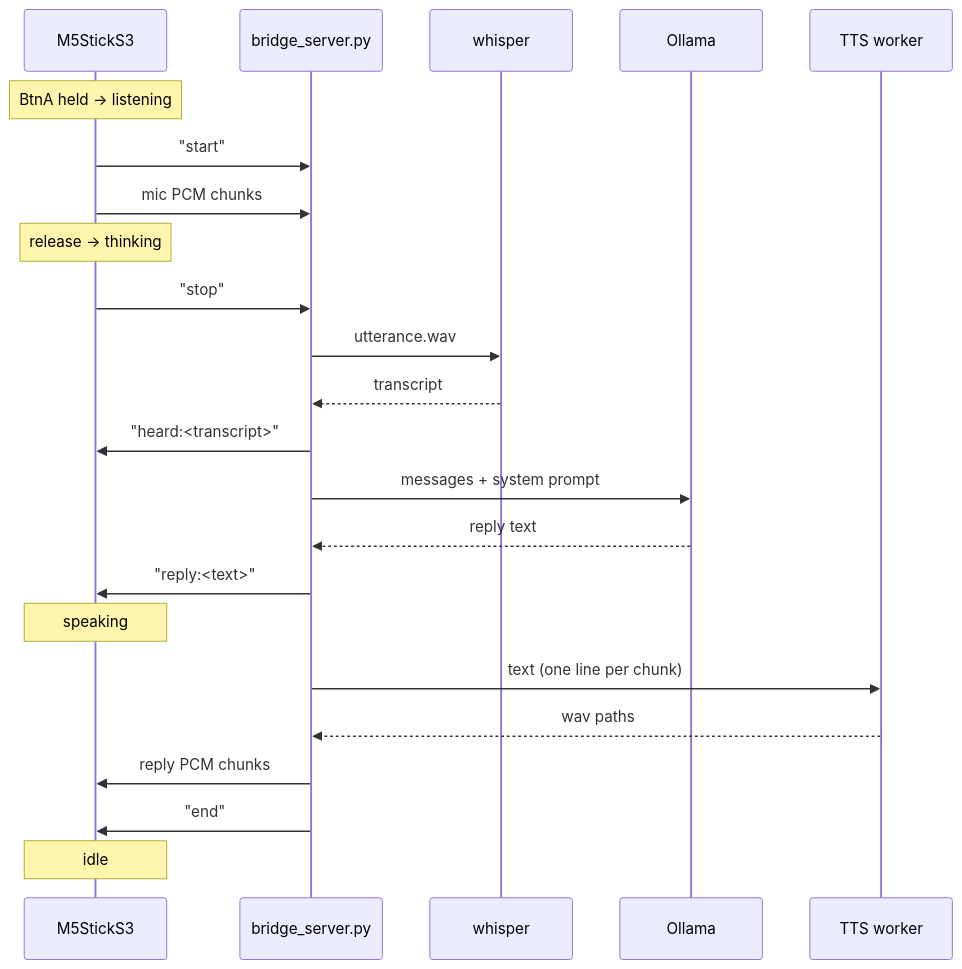
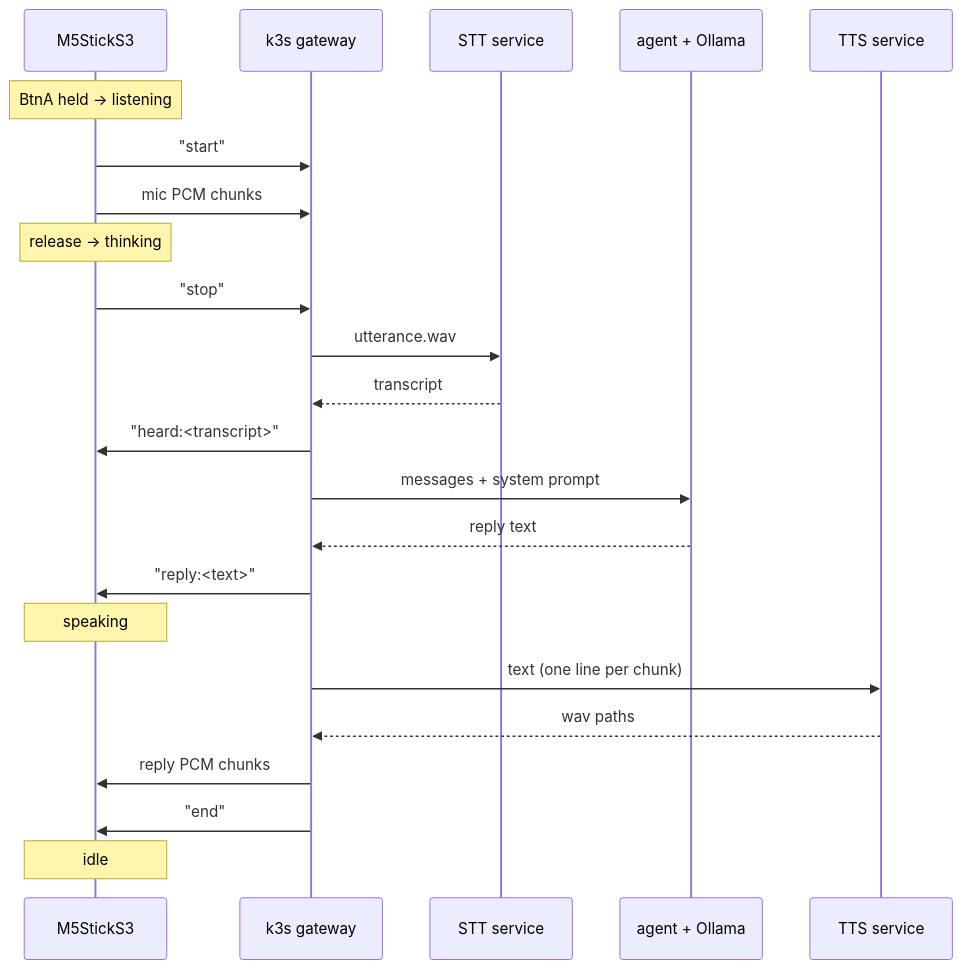
Before and after one commit to adixg/ai-companion: the second of 2 diagrams in README.md, drawn with Mermaid. The commit also changed other lines of this file and 15 other files, not shown here.

````diff
--- a/README.md
+++ b/README.md
@@ -112,26 +93,26 @@
 ```mermaid
 sequenceDiagram
     participant S as M5StickS3
-    participant B as bridge_server.py
-    participant W as whisper
-    participant O as Ollama
-    participant T as TTS worker
+    participant B as k3s gateway
+    participant W as STT service
+    participant O as agent + Ollama
+    participant T as TTS service
 
     Note over S: BtnA held → listening
     S->>B: "start"
     S->>B: mic PCM chunks
     Note over S: release → thinking
     S->>B: "stop"
     B->>W: utterance.wav
     W-->>B: transcript
     B->>S: "heard:<transcript>"
     B->>O: messages + system prompt
     O-->>B: reply text
     B->>S: "reply:<text>"
     Note over S: speaking
     B->>T: text (one line per chunk)
     T-->>B: wav paths
     B->>S: reply PCM chunks
     B->>S: "end"
     Note over S: idle
 ```
````
